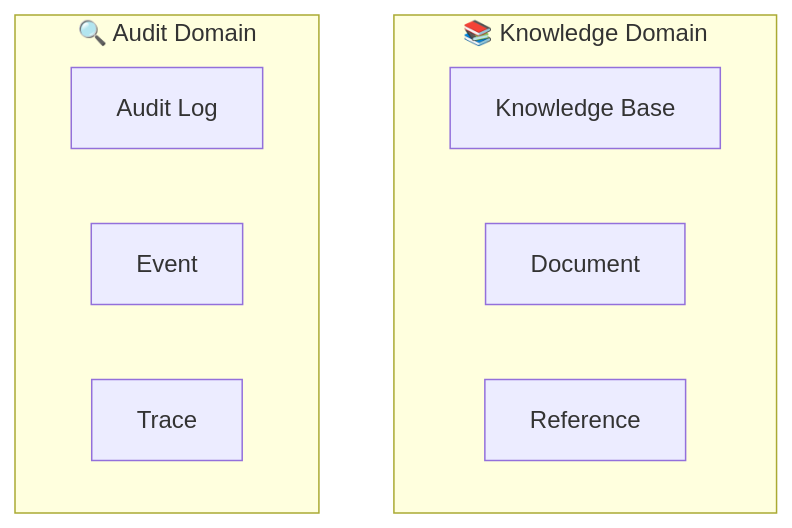
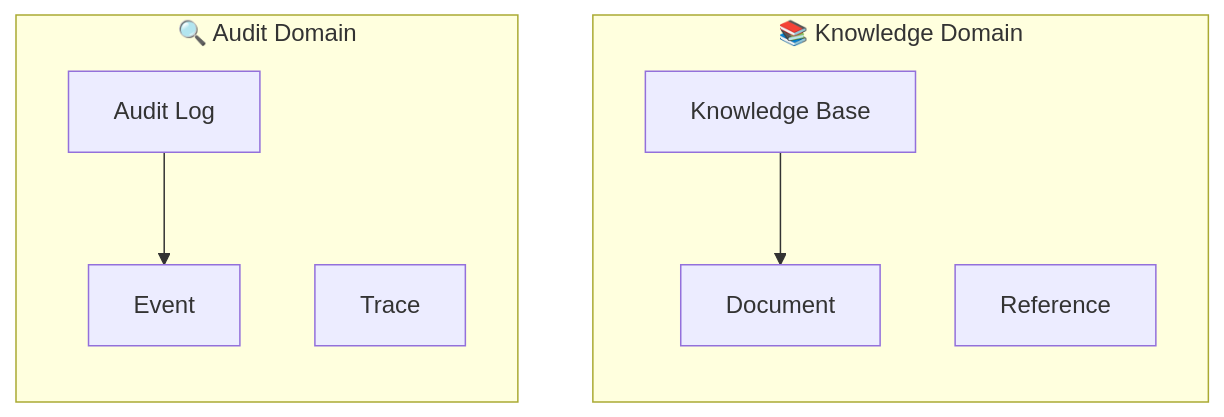
The third of 17 diagrams in docs/030000_設計/034000_アプリケーション設計/034010_ドメインモデル.md (daichiTAAA/AgentOpsPlatform), drawn with Mermaid before and after one commit. The commit also changed other lines of this file, not shown here.

````diff
--- a/docs/030000_設計/034000_アプリケーション設計/034010_ドメインモデル.md
+++ b/docs/030000_設計/034000_アプリケーション設計/034010_ドメインモデル.md
@@ -58,14 +68,19 @@
 ```mermaid
 graph TD
     subgraph "📚 Knowledge Domain"
+        direction TB
         KNOWLEDGE[Knowledge Base]
         DOCUMENT[Document]
         REFERENCE[Reference]
     end
     
     subgraph "🔍 Audit Domain"
+        direction TB
         AUDIT[Audit Log]
         EVENT[Event]
         TRACE[Trace]
     end
+
+    KNOWLEDGE --> DOCUMENT
+    AUDIT --> EVENT
 ```
````
